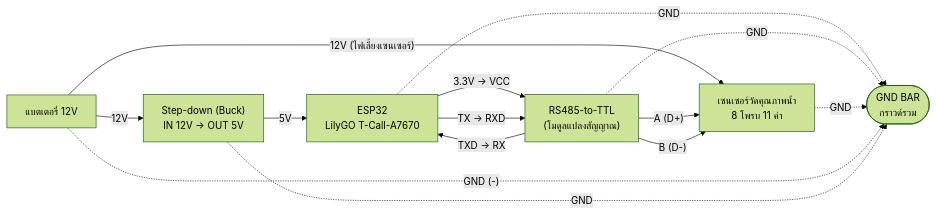
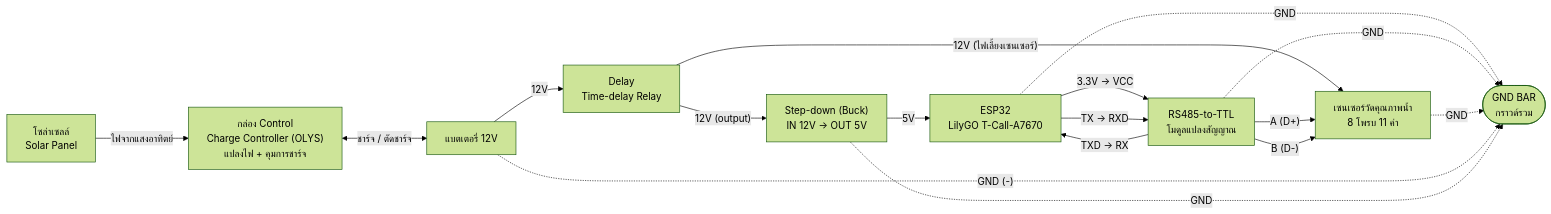
One commit to MERMAX04/Real-time-Marine-Water-Quality-Monitoring-Buoy-System changed the sixth of 9 diagrams in 5-extensions/07-thesis-chapters.md. Above: the diagram before and after it, drawn with Mermaid (forest theme). The commit also changed other lines of this file, not shown here.

First line of the commit message:
Docs: add solar power supply stage to wiring diagram (ch.3.5.1)

````diff
--- a/5-extensions/07-thesis-chapters.md
+++ b/5-extensions/07-thesis-chapters.md
@@ -154,23 +162,29 @@
 ```mermaid
 flowchart LR
+  SOLAR["โซล่าเซลล์<br/>Solar Panel"]
+  CTRL["กล่อง Control<br/>Charge Controller (OLYS)<br/>แปลงไฟ + คุมการชาร์จ"]
   BAT["แบตเตอรี่ 12V"]
+  DLY["Delay<br/>Time-delay Relay"]
   SD["Step-down (Buck)<br/>IN 12V → OUT 5V"]
   ESP["ESP32<br/>LilyGO T-Call-A7670"]
-  RS["RS485-to-TTL<br/>(โมดูลแปลงสัญญาณ)"]
+  RS["RS485-to-TTL<br/>โมดูลแปลงสัญญาณ"]
   SEN["เซนเซอร์วัดคุณภาพน้ำ<br/>8 โพรบ 11 ค่า"]
   GB(["GND BAR<br/>กราวด์รวม"])
 
-  BAT -->|"12V"| SD
+  SOLAR -->|"ไฟจากแสงอาทิตย์"| CTRL
+  CTRL <-->|"ชาร์จ / ตัดชาร์จ"| BAT
+  BAT -->|"12V"| DLY
+  DLY -->|"12V (output)"| SD
+  DLY -->|"12V (ไฟเลี้ยงเซนเซอร์)"| SEN
   SD -->|"5V"| ESP
-  BAT -->|"12V (ไฟเลี้ยงเซนเซอร์)"| SEN
   ESP -->|"3.3V → VCC"| RS
   ESP -->|"TX → RXD"| RS
   RS -->|"TXD → RX"| ESP
   RS -->|"A (D+)"| SEN
   RS -->|"B (D-)"| SEN
   ESP -.->|GND| GB
   RS -.->|GND| GB
   SEN -.->|GND| GB
   BAT -.->|"GND (-)"| GB
   SD -.->|GND| GB
 ```
````
